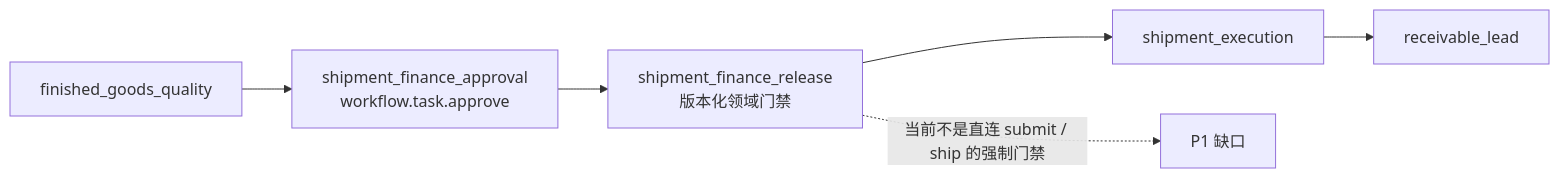
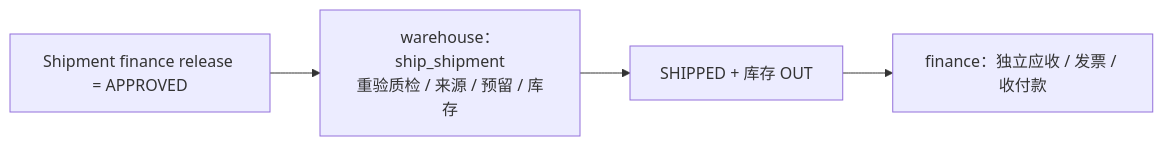
Before and after one commit to saurick/plush-toy-erp: diagram 12 of 17 in docs/customers/yoyoosun/角色能力与流程矩阵.md, drawn with Mermaid. The commit also changed other lines of this file and 107 other files, not shown here.

````diff
--- a/docs/customers/yoyoosun/角色能力与流程矩阵.md
+++ b/docs/customers/yoyoosun/角色能力与流程矩阵.md
@@ -704,5 +700,5 @@
 ```mermaid
 flowchart LR
-  fgQc["finished_goods_quality"] --> approval["shipment_finance_approval<br/>workflow.task.approve"] --> financeGate["shipment_finance_release<br/>版本化领域门禁"] --> execution["shipment_execution"] --> receivable["receivable_lead"]
-  financeGate -. "当前不是直连 submit / ship 的强制门禁" .-> gap["P1 缺口"]
+  financeGate["Shipment finance release = APPROVED"] --> ship["warehouse：ship_shipment<br/>重验质检 / 来源 / 预留 / 库存"]
+  ship --> shipped["SHIPPED + 库存 OUT"] --> receivable["finance：独立应收 / 发票 / 收付款"]
 ```
````
